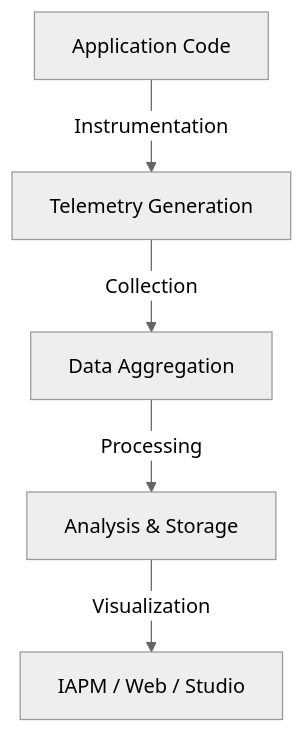
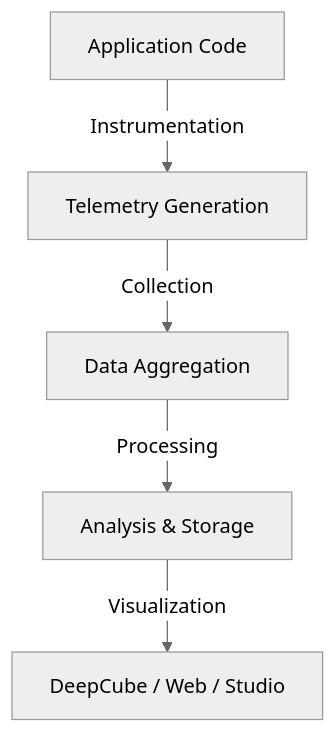
One commit to ImmersiveFusion/deepcube-docs changed the diagram in docs/Resources/Terms-and-Concepts/APM/index.md. Above: the diagram before and after it, drawn with Mermaid (neutral theme). The commit also changed other lines of this file and 99 other files, not shown here.

First line of the commit message:
docs(rename): IAPM to DeepCube, prose track only (SP-074 stream A)

````diff
--- a/docs/Resources/Terms-and-Concepts/APM/index.md
+++ b/docs/Resources/Terms-and-Concepts/APM/index.md
@@ -16,7 +16,7 @@
 ```mermaid
 graph TD
     A[Application Code] -->|Instrumentation| B[Telemetry Generation]
     B -->|Collection| C[Data Aggregation]
     C -->|Processing| D[Analysis & Storage]
-    D -->|Visualization| E[IAPM / Web / Studio]
+    D -->|Visualization| E[DeepCube / Web / Studio]
 ```
````
